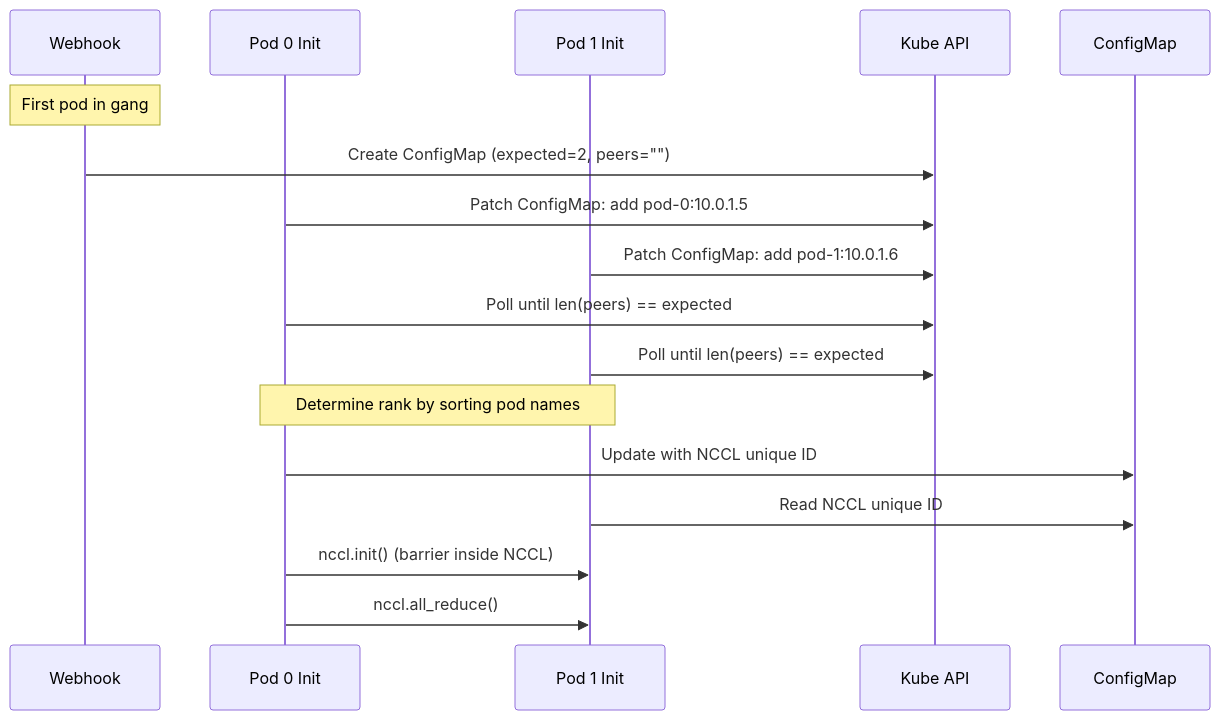
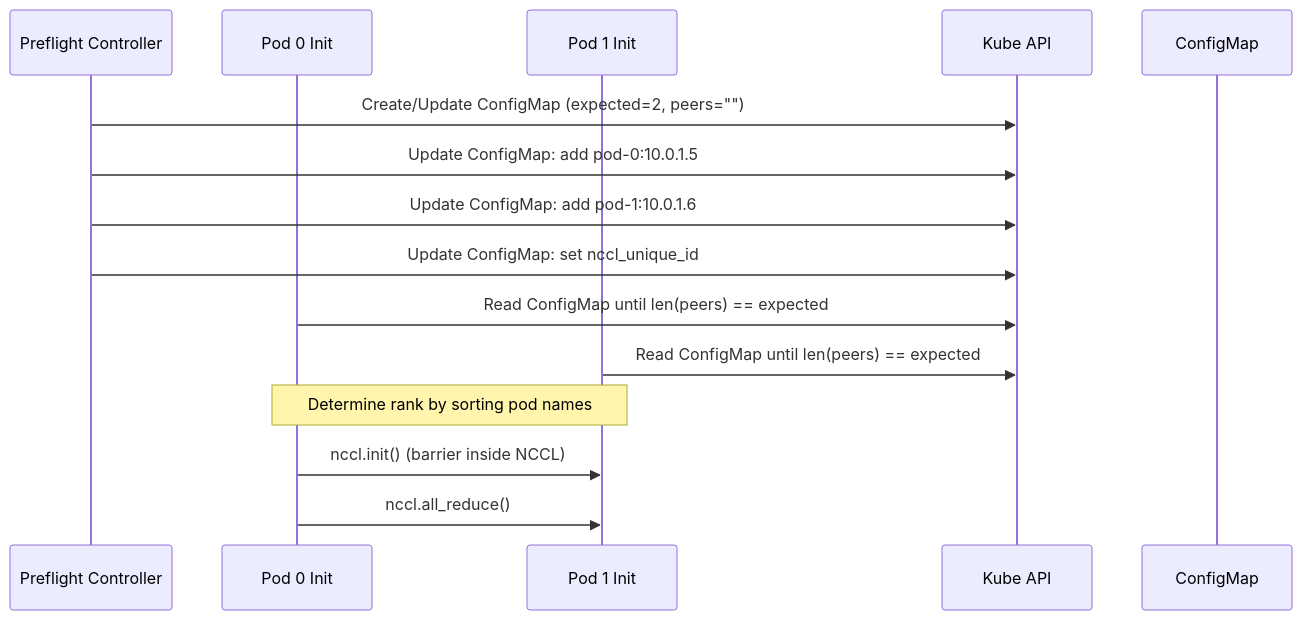
Before and after one commit to XRFXLP/NVSentinel: the second of 2 diagrams in docs/designs/026-preflight-checks.md, drawn with Mermaid. The commit also changed other lines of this file, not shown here.

````diff
--- a/docs/designs/026-preflight-checks.md
+++ b/docs/designs/026-preflight-checks.md
@@ -213,25 +315,21 @@
 ```mermaid
 sequenceDiagram
-    participant W as Webhook
+    participant C as Preflight Controller
     participant P0 as Pod 0 Init
     participant P1 as Pod 1 Init
     participant API as Kube API
     participant CM as ConfigMap
 
-    Note over W: First pod in gang
-    W->>API: Create ConfigMap (expected=2, peers="")
-    
-    P0->>API: Patch ConfigMap: add pod-0:10.0.1.5
-    P1->>API: Patch ConfigMap: add pod-1:10.0.1.6
-    
-    P0->>API: Poll until len(peers) == expected
-    P1->>API: Poll until len(peers) == expected
-    
+    C->>API: Create/Update ConfigMap (expected=2, peers="")
+    C->>API: Update ConfigMap: add pod-0:10.0.1.5
+    C->>API: Update ConfigMap: add pod-1:10.0.1.6
+    C->>API: Update ConfigMap: set nccl_unique_id
+
+    P0->>API: Read ConfigMap until len(peers) == expected
+    P1->>API: Read ConfigMap until len(peers) == expected
+
     Note over P0,P1: Determine rank by sorting pod names
-    
-    P0->>CM: Update with NCCL unique ID
-    P1->>CM: Read NCCL unique ID
-    
+
     P0->>P1: nccl.init() (barrier inside NCCL)
     P0->>P1: nccl.all_reduce()
 ```
````
